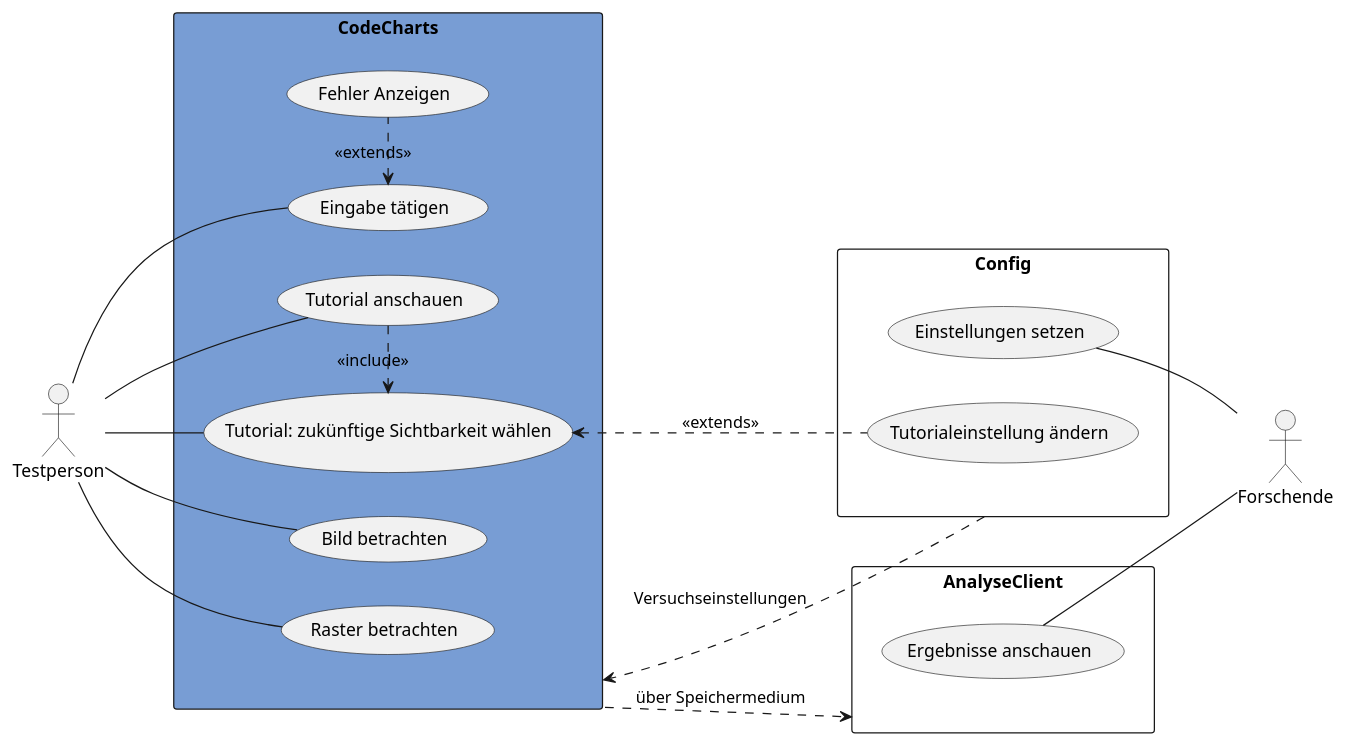
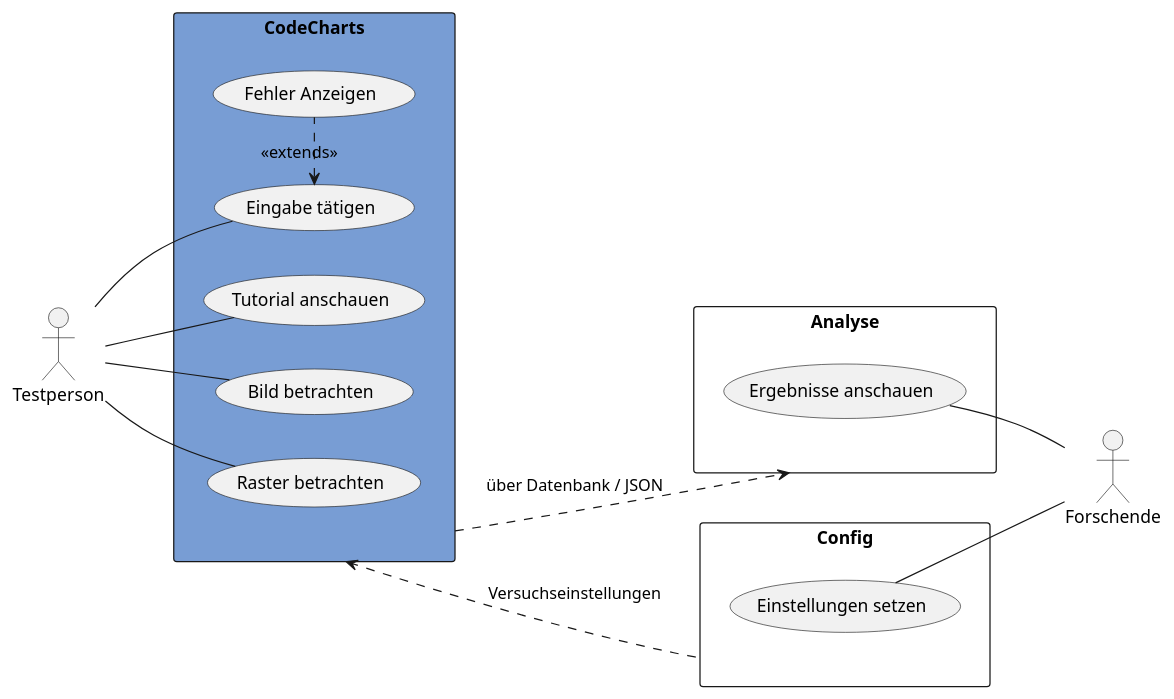
One commit to weichware-10/dokumente changed the diagram in uml-usecase/codecharts/usecase-codecharts.puml. Above: the diagram before and after it, drawn with PlantUML. The commit also changed 23 other files, not shown here.

First line of the commit message:
[docs] Usecase-Diagramme (#24)

```diff
--- a/uml-usecase/codecharts/usecase-codecharts.puml
+++ b/uml-usecase/codecharts/usecase-codecharts.puml
@@ -1,45 +1,40 @@
 @startuml CodeCharts
 left to right direction
 
 actor Testperson as t
 actor Forschende as f
 
 rectangle CodeCharts as z #789dd4 {
     usecase "Tutorial anschauen" as td
-    usecase "Tutorial: zukünftige Sichtbarkeit wählen" as tw
     usecase "Bild betrachten" as bb
     usecase "Raster betrachten" as rb
     usecase "Eingabe tätigen" as et
     usecase "Fehler Anzeigen" as fa
 
     fa .l.> et : <<extends>>
-    td .r.> tw : <<include>>
 }
 
-rectangle AnalyseClient as a {
+rectangle Analyse as a {
     usecase "Ergebnisse anschauen" as ea
 }
 
 rectangle Config as c {
     usecase "Einstellungen setzen" as es
-    usecase "Tutorialeinstellung ändern" as tä
 }
 
 ' Testperson
 t -- td
-t -- tw
 t -- bb
 t -- rb
 t -- et
 
 ' Forschende
 es -- f
 ea -- f
 
 ' intern
-tw <.. tä : <<extends>>
-z ..> a : über Speichermedium
-z <.l. c : Versuchseinstellungen
+z ..> a : über Datenbank / JSON
+z <.. c : Versuchseinstellungen
 
 
 @enduml
```
